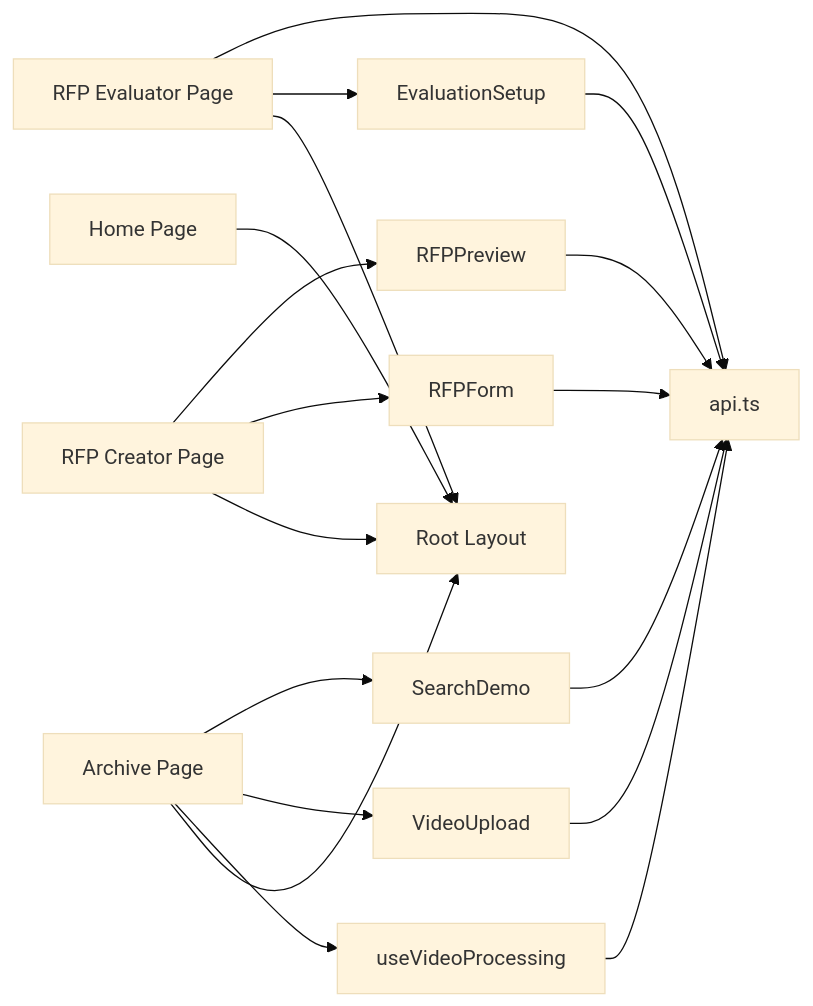
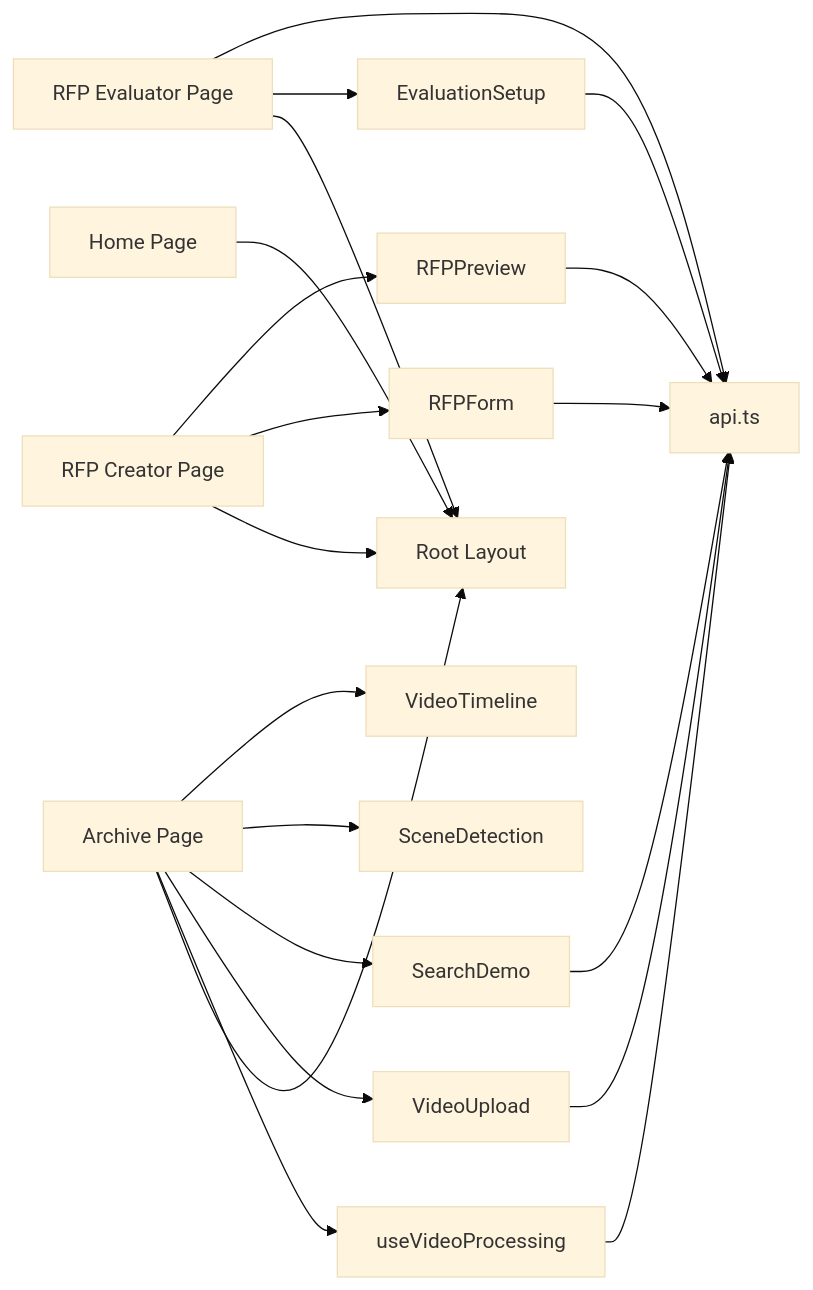
One commit to alexandreybasta-cyber/dubai-media-ai changed the sixth of 6 diagrams in .qoder/repowiki/en/content/Frontend Application/Page Components & Routing.md. Above: the diagram before and after it, drawn with Mermaid (base theme). The commit also changed other lines of this file and 21 other files, not shown here.

````diff
--- a/.qoder/repowiki/en/content/Frontend Application/Page Components & Routing.md
+++ b/.qoder/repowiki/en/content/Frontend Application/Page Components & Routing.md
@@ -332,20 +373,22 @@
 ```mermaid
 graph LR
 PAGE_HOME["Home Page"] --> LYT["Root Layout"]
 PAGE_ARCH["Archive Page"] --> LYT
 PAGE_RFP_C["RFP Creator Page"] --> LYT
 PAGE_RFP_E["RFP Evaluator Page"] --> LYT
 PAGE_ARCH --> HOOK["useVideoProcessing"]
 PAGE_ARCH --> COMP_UPLOAD["VideoUpload"]
 PAGE_ARCH --> COMP_SEARCH["SearchDemo"]
+PAGE_ARCH --> COMP_SCENE["SceneDetection"]
+PAGE_ARCH --> COMP_TIMELINE["VideoTimeline"]
 PAGE_RFP_C --> COMP_FORM["RFPForm"]
 PAGE_RFP_C --> COMP_PREVIEW["RFPPreview"]
 PAGE_RFP_E --> COMP_SETUP["EvaluationSetup"]
 HOOK --> API["api.ts"]
 COMP_UPLOAD --> API
 COMP_SEARCH --> API
 COMP_FORM --> API
 COMP_PREVIEW --> API
 COMP_SETUP --> API
 PAGE_RFP_E --> API
 ```
````
